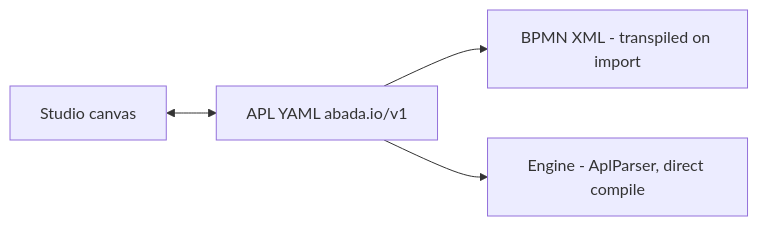
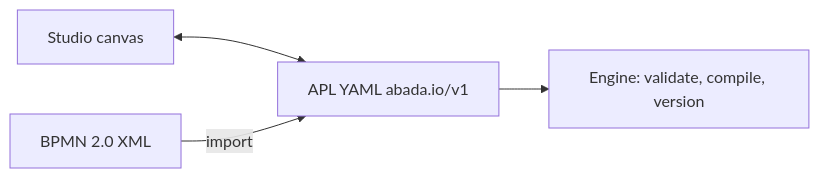
Before and after one commit to bashizip/abada-platform: the diagram in documentation/src/content/docs/user/authoring.mdx, drawn with Mermaid. The commit also changed other lines of this file and 43 other files, not shown here.

````diff
--- a/documentation/src/content/docs/user/authoring.mdx
+++ b/documentation/src/content/docs/user/authoring.mdx
@@ -15,6 +14,6 @@
 ```mermaid
 flowchart LR
     Canvas[Studio canvas] <--> YAML[APL YAML abada.io/v1]
-    YAML --> Import[BPMN XML - transpiled on import]
-    YAML --> Engine[Engine - AplParser, direct compile]
+    BPMN[BPMN 2.0 XML] -->|import| YAML
+    YAML --> Engine[Engine: validate, compile, version]
 ```
````
